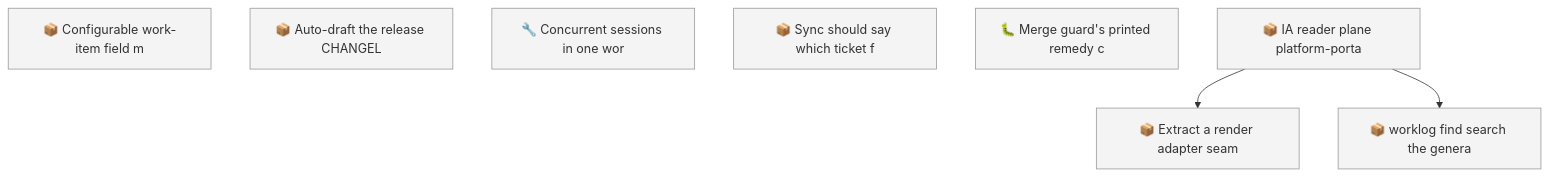
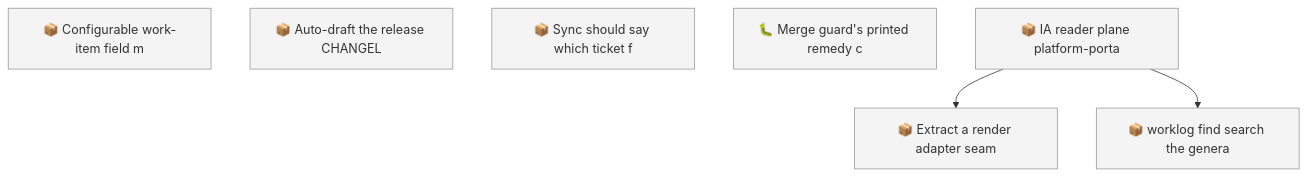
Before and after one commit to SpillwaveSolutions/wiki_ticket_sdd: the first of 2 diagrams in docs/roadmap.md, drawn with Mermaid. The commit also changed other lines of this file and 21 other files, not shown here.

First line of the commit message:
ops(worklog): warn when two sessions share one working directory (#236)

````diff
--- a/docs/roadmap.md
+++ b/docs/roadmap.md
@@ -53,15 +52,14 @@
 ```mermaid
 graph TD
     01KY5NE0ZYGBWG44N0KPEBFCZ8["📦 Configurable work-item field m"]
     01KYAC0AC01R4C6W7YY1X8NVRV["📦 Auto-draft the release CHANGEL"]
-    01KYNHEV5GCR1MDNECAXFT0GK2["🔧 Concurrent sessions in one wor"]
     01KYNHEVDSD4BTASXCTV88Q80Q["📦 Sync should say which ticket f"]
     01KYWGJD1QCQRM6V6S0MWN5SCW["🐛 Merge guard's printed remedy c"]
     01KYWGM3KPNQNSWV03FRG23ADB["📦 IA reader plane platform-porta"]
     01KYWGM3R13Q33YZ3PJA3V7QMD["📦 Extract a render adapter seam"]
     01KYWGM3W958F3QK4HB52X1Q1X["📦 worklog find search the genera"]
     01KYWGM3KPNQNSWV03FRG23ADB --> 01KYWGM3R13Q33YZ3PJA3V7QMD
     01KYWGM3KPNQNSWV03FRG23ADB --> 01KYWGM3W958F3QK4HB52X1Q1X
     classDef todo fill:#f4f4f4,stroke:#999999
-    class 01KY5NE0ZYGBWG44N0KPEBFCZ8,01KYAC0AC01R4C6W7YY1X8NVRV,01KYNHEV5GCR1MDNECAXFT0GK2,01KYNHEVDSD4BTASXCTV88Q80Q,01KYWGJD1QCQRM6V6S0MWN5SCW,01KYWGM3KPNQNSWV03FRG23ADB,01KYWGM3R13Q33YZ3PJA3V7QMD,01KYWGM3W958F3QK4HB52X1Q1X todo
+    class 01KY5NE0ZYGBWG44N0KPEBFCZ8,01KYAC0AC01R4C6W7YY1X8NVRV,01KYNHEVDSD4BTASXCTV88Q80Q,01KYWGJD1QCQRM6V6S0MWN5SCW,01KYWGM3KPNQNSWV03FRG23ADB,01KYWGM3R13Q33YZ3PJA3V7QMD,01KYWGM3W958F3QK4HB52X1Q1X todo
 ```
````
